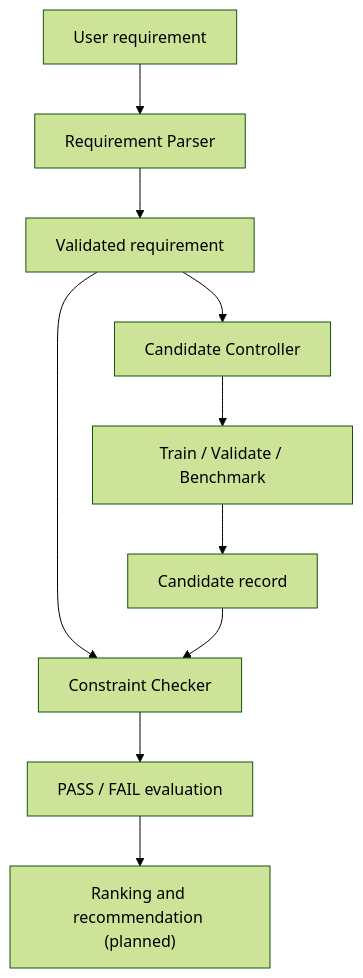
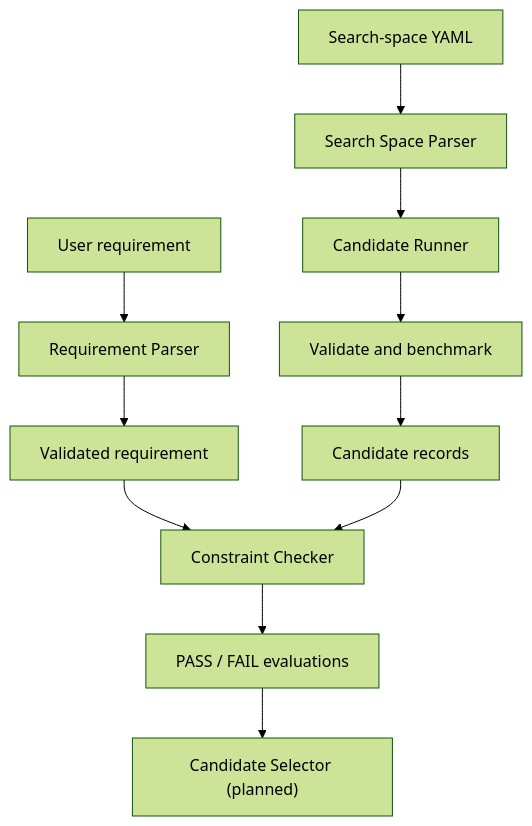
Before and after one commit to doquangminh03/EdgeNAS-Lite: the diagram in README.md, drawn with Mermaid (forest theme). The commit also changed other lines of this file, not shown here.

Commit message:
Document resolution search and candidate evaluation

````diff
--- a/README.md
+++ b/README.md
@@ -41,12 +41,13 @@
 ```mermaid
 flowchart TD
     A["User requirement"] --> B["Requirement Parser"]
     B --> C["Validated requirement"]
-    C --> D["Candidate Controller"]
-    D --> E["Train / Validate / Benchmark"]
-    E --> F["Candidate record"]
-    C --> G["Constraint Checker"]
-    F --> G
-    G --> H["PASS / FAIL evaluation"]
-    H --> I["Ranking and recommendation (planned)"]
+    D["Search-space YAML"] --> E["Search Space Parser"]
+    E --> F["Candidate Runner"]
+    F --> G["Validate and benchmark"]
+    G --> H["Candidate records"]
+    C --> I["Constraint Checker"]
+    H --> I
+    I --> J["PASS / FAIL evaluations"]
+    J --> K["Candidate Selector (planned)"]
 ```
````
